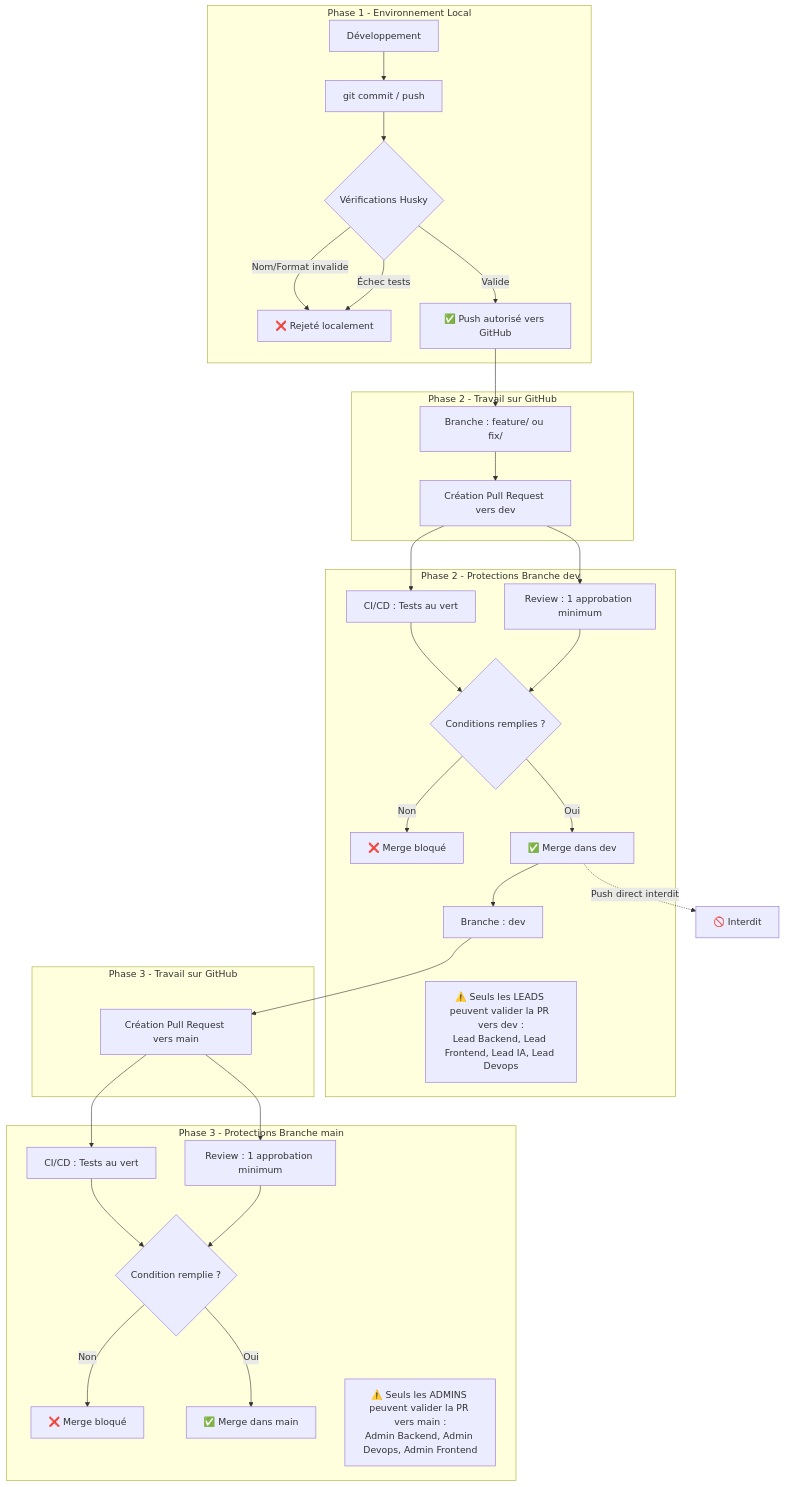
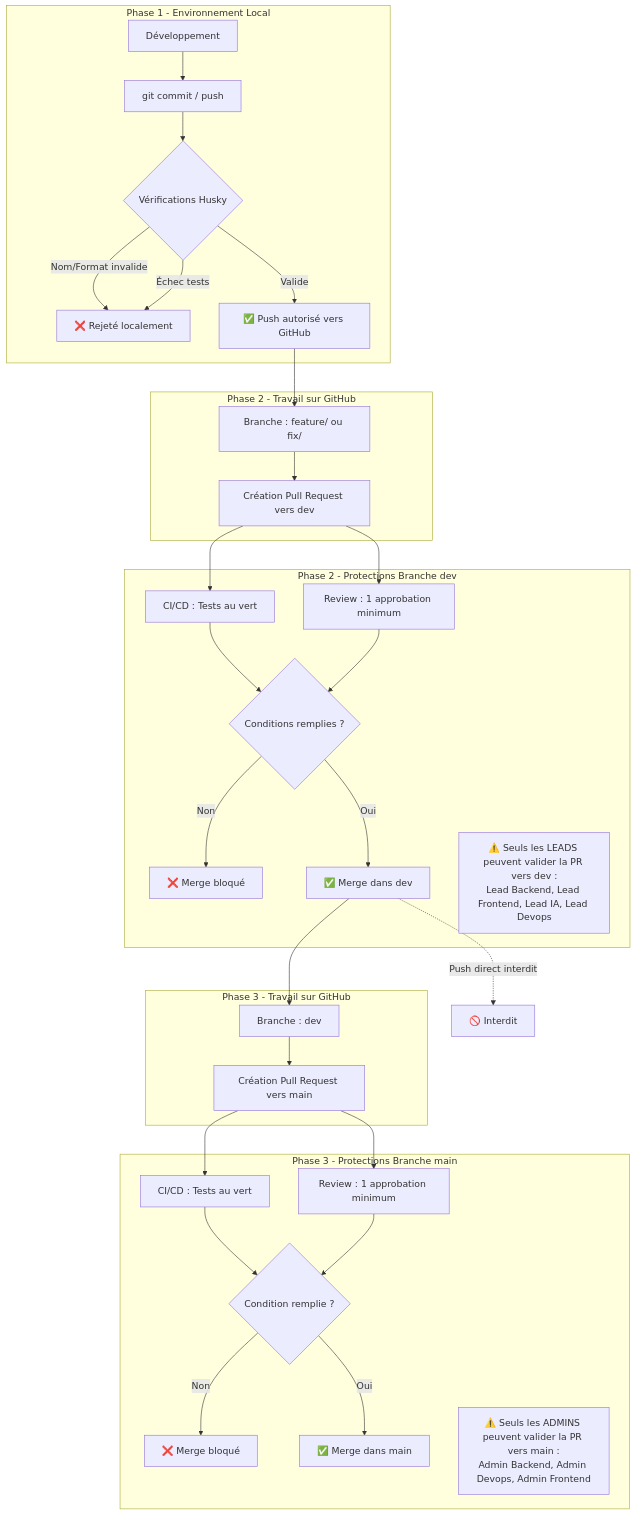
The diagram in docs/CONTRIBUTING.md (Collectionr/collectionr_epitech), drawn with Mermaid before and after one commit.

Commit message:
docs: corriger les ancres et connexions du schema de workflow Git (COLLR-554)

````diff
--- a/docs/CONTRIBUTING.md
+++ b/docs/CONTRIBUTING.md
@@ -407,44 +407,46 @@
 ```mermaid
 flowchart TD
     subgraph P1["Phase 1 - Environnement Local"]
         A["Développement"] --> B["git commit / push"]
         B --> C{"Vérifications Husky"}
         C -- "Nom/Format invalide" --> D["❌ Rejeté localement"]
         C -- "Échec tests" --> D
         C -- "Valide" --> E["✅ Push autorisé vers GitHub"]
     end
 
     subgraph P2G["Phase 2 - Travail sur GitHub"]
         F["Branche : feature/ ou fix/"] --> G["Création Pull Request vers dev"]
     end
 
     subgraph P2D["Phase 2 - Protections Branche dev"]
         H["CI/CD : Tests au vert"] --> I{"Conditions remplies ?"}
         H2["Review : 1 approbation minimum"] --> I
         I -- "Non" --> J["❌ Merge bloqué"]
         I -- "Oui" --> K["✅ Merge dans dev"]
-        M ~~~ L["⚠️ Seuls les LEADS peuvent valider la PR vers dev :\nLead Backend, Lead Frontend, Lead IA, Lead Devops"]
-end
+        anchor1[" "] ~~~ L["⚠️ Seuls les LEADS peuvent valider la PR vers dev :\nLead Backend, Lead Frontend, Lead IA, Lead Devops"]
+        style anchor1 fill:none,stroke:none
+    end
 
     subgraph P3G["Phase 3 - Travail sur GitHub"]
         M["Branche : dev"] --> N["Création Pull Request vers main"]
     end
 
     subgraph P3M["Phase 3 - Protections Branche main"]
         O["CI/CD : Tests au vert"] --> P{"Condition remplie ?"}
         O2["Review : 1 approbation minimum"] --> P
         P -- "Non" --> Q["❌ Merge bloqué"]
         P -- "Oui" --> R["✅ Merge dans main"]
-        S["⚠️ Seuls les ADMINS peuvent valider la PR vers main :\nAdmin Backend, Admin Devops, Admin Frontend"]
+        anchor2[" "] ~~~ S["⚠️ Seuls les ADMINS peuvent valider la PR vers main :\nAdmin Backend, Admin Devops, Admin Frontend"]
+        style anchor2 fill:none,stroke:none
     end
 
     E --> F
     G --> H
     G --> H2
     K --> M
     N --> O
     N --> O2
 
     X["🚫 Interdit"]
     K -.->|"Push direct interdit"| X
 ```
````
